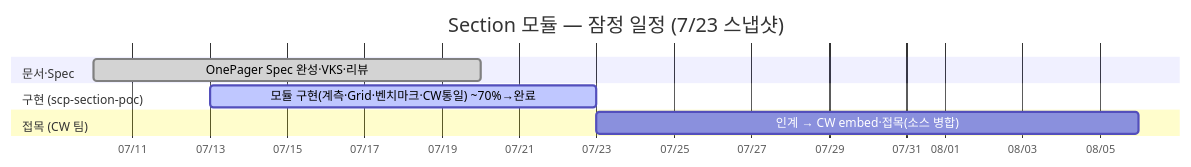
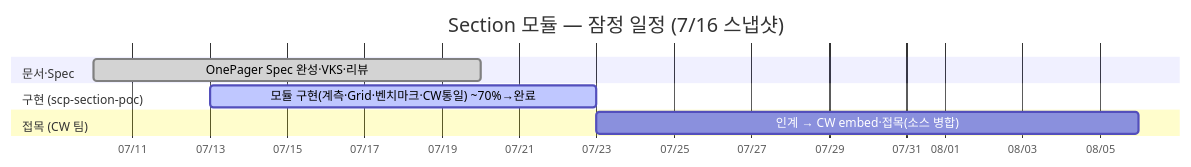
One commit to gracegyu/scp-architecture changed the diagram in docs/SCP Cloud Server 연구/뷰어 관련 연구/WebSectionView/주간회의-Agenda.md. Above: the diagram before and after it, drawn with Mermaid. The commit also changed other lines of this file, not shown here.

````diff
--- a/docs/SCP Cloud Server 연구/뷰어 관련 연구/WebSectionView/주간회의-Agenda.md
+++ b/docs/SCP Cloud Server 연구/뷰어 관련 연구/WebSectionView/주간회의-Agenda.md
@@ -116,16 +116,16 @@
     ```mermaid
     gantt
-        title Section 모듈 — 잠정 일정 (7/23 스냅샷)
+        title Section 모듈 — 잠정 일정 (7/16 스냅샷)
         dateFormat YYYY-MM-DD
         axisFormat %m/%d
         todayMarker stroke-width:2px,stroke:#d33,opacity:0.5
 
         section 문서·Spec
         OnePager Spec 완성·VKS·리뷰       :done, spec, 2026-07-10, 10d
 
         section 구현 (scp-section-poc)
         모듈 구현(계측·Grid·벤치마크·CW통일) ~70%→완료  :active, impl, 2026-07-13, 2026-07-23
 
         section 접목 (CW 팀)
         인계 → CW embed·접목(소스 병합)      :integ, after impl, 14d
     ```
````
